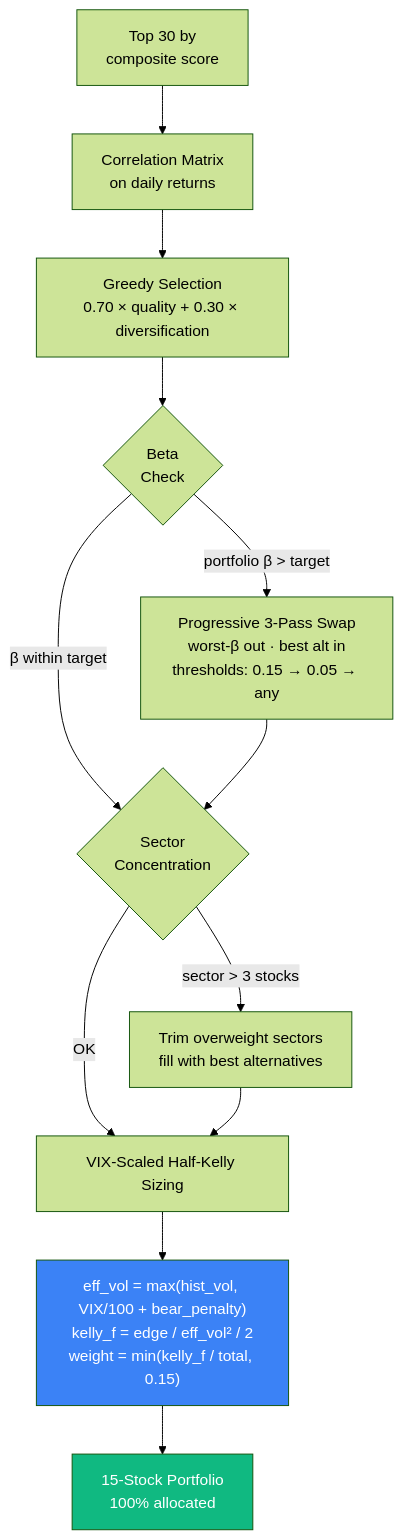
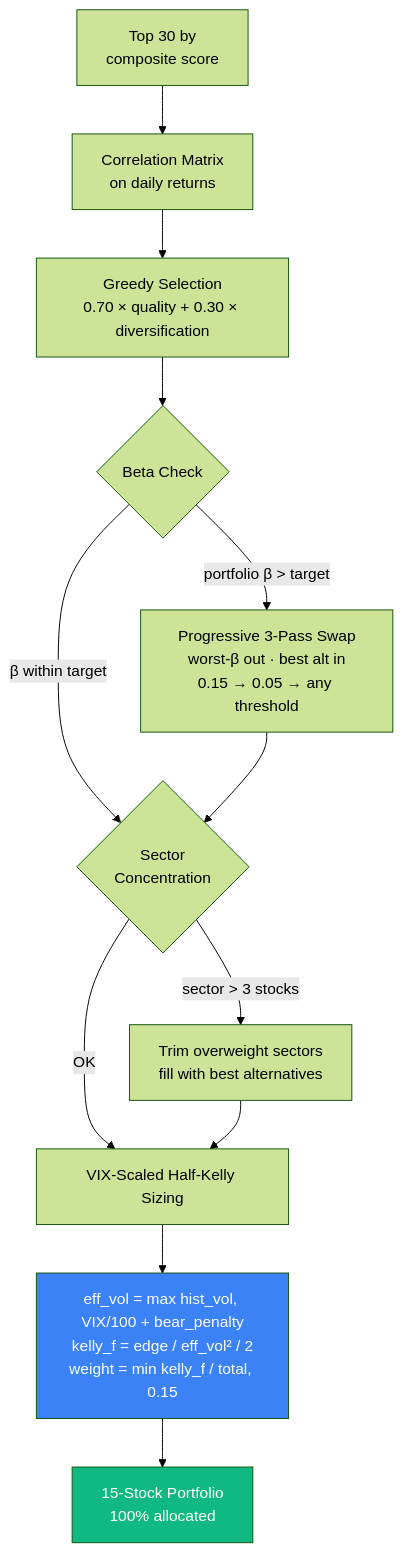
One commit to Justme-Cliff/Investing-ML changed the second of 4 diagrams in README.md. Above: the diagram before and after it, drawn with Mermaid (forest theme). The commit also changed other lines of this file and 18 other files, not shown here.

````diff
--- a/README.md
+++ b/README.md
@@ -409,17 +316,17 @@
 ```mermaid
 flowchart TD
     A[Top 30 by\ncomposite score] --> B[Correlation Matrix\non daily returns]
     B --> C[Greedy Selection\n0.70 × quality + 0.30 × diversification]
-    C --> D{Beta\nCheck}
-    D -->|portfolio β > target| E[Progressive 3-Pass Swap\nworst-β out · best alt in\nthresholds: 0.15 → 0.05 → any]
+    C --> D{Beta Check}
+    D -->|portfolio β > target| E[Progressive 3-Pass Swap\nworst-β out · best alt in\n0.15 → 0.05 → any threshold]
     D -->|β within target| F
     E --> F{Sector\nConcentration}
     F -->|sector > 3 stocks| G[Trim overweight sectors\nfill with best alternatives]
     F -->|OK| H
     G --> H[VIX-Scaled Half-Kelly Sizing]
-    H --> I["eff_vol = max(hist_vol, VIX/100 + bear_penalty)\nkelly_f = edge / eff_vol² / 2\nweight = min(kelly_f / total, 0.15)"]
+    H --> I[eff_vol = max hist_vol, VIX/100 + bear_penalty\nkelly_f = edge / eff_vol² / 2\nweight = min kelly_f / total, 0.15]
     I --> J[15-Stock Portfolio\n100% allocated]
 
     style J fill:#10B981,color:#fff
     style I fill:#3B82F6,color:#fff
 ```
````
